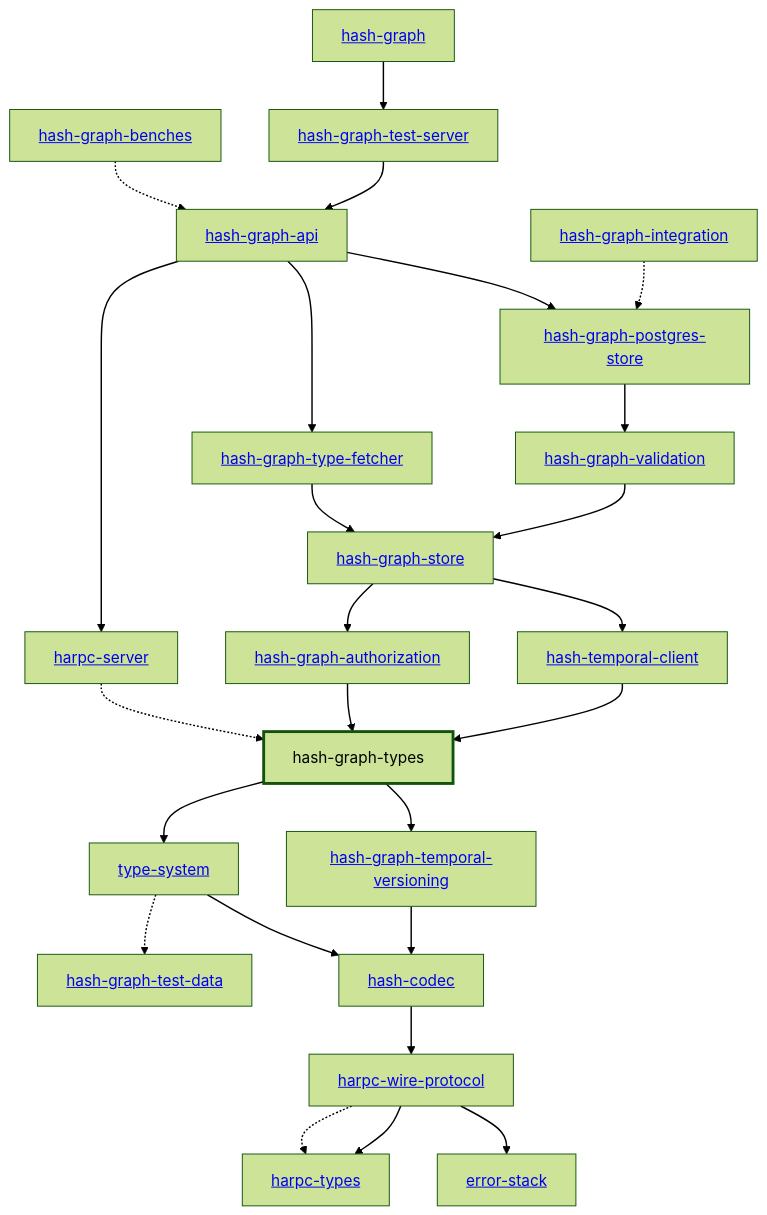
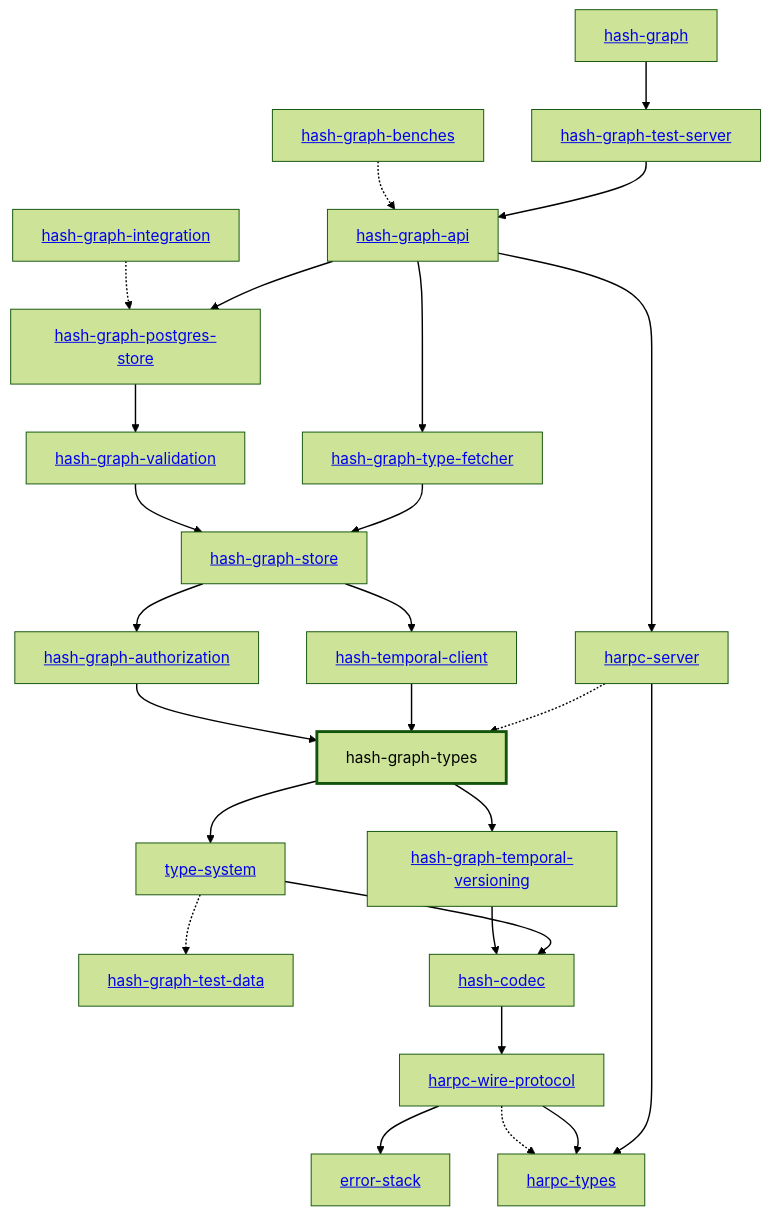
The diagram in libs/@local/graph/types/rust/docs/dependency-diagram.mmd (hashintel/hash), drawn with Mermaid (forest theme) before and after one commit. The commit also changed 31 other files, not shown here.

```diff
--- a/libs/@local/graph/types/rust/docs/dependency-diagram.mmd
+++ b/libs/@local/graph/types/rust/docs/dependency-diagram.mmd
@@ -1,55 +1,56 @@
 graph TD
     linkStyle default stroke-width:1.5px
     classDef default stroke-width:1px
     classDef root stroke-width:3px
     classDef dev stroke-width:1px
     classDef build stroke-width:1px
     %% Legend
     %% --> : Normal dependency
     %% -.-> : Dev dependency
     %% ---> : Build dependency
-    0[hash-graph-types]
-    class 0 root
-    1[<a href="../hash_graph_test_data/index.html">hash-graph-test-data</a>]
-    2[<a href="../type_system/index.html">type-system</a>]
-    3[<a href="../hash_graph_temporal_versioning/index.html">hash-graph-temporal-versioning</a>]
-    4[<a href="../hash_codec/index.html">hash-codec</a>]
-    5[<a href="../error_stack/index.html">error-stack</a>]
-    6[<a href="../harpc_types/index.html">harpc-types</a>]
-    7[<a href="../harpc_wire_protocol/index.html">harpc-wire-protocol</a>]
-    8[<a href="../harpc_server/index.html">harpc-server</a>]
-    9[<a href="../hash_graph/index.html">hash-graph</a>]
-    10[<a href="../hash_graph_api/index.html">hash-graph-api</a>]
-    11[<a href="../hash_graph_authorization/index.html">hash-graph-authorization</a>]
-    12[<a href="../hash_graph_benches/index.html">hash-graph-benches</a>]
-    13[<a href="../hash_graph_integration/index.html">hash-graph-integration</a>]
-    14[<a href="../hash_graph_postgres_store/index.html">hash-graph-postgres-store</a>]
-    15[<a href="../hash_graph_store/index.html">hash-graph-store</a>]
-    16[<a href="../hash_graph_test_server/index.html">hash-graph-test-server</a>]
-    17[<a href="../hash_graph_type_fetcher/index.html">hash-graph-type-fetcher</a>]
-    18[<a href="../hash_graph_validation/index.html">hash-graph-validation</a>]
-    19[<a href="../hash_temporal_client/index.html">hash-temporal-client</a>]
-    0 --> 2
-    0 --> 3
-    2 -.-> 1
-    2 --> 4
-    3 --> 4
-    4 --> 7
-    7 -.-> 6
-    7 --> 6
-    7 --> 5
-    8 -.-> 0
-    11 --> 0
-    19 --> 0
-    10 --> 8
-    12 -.-> 10
-    16 --> 10
-    15 --> 11
-    10 --> 14
-    13 -.-> 14
-    17 --> 15
-    18 --> 15
-    9 --> 16
-    10 --> 17
-    14 --> 18
-    15 --> 19
+    0[<a href="../hash_graph_authorization/index.html">hash-graph-authorization</a>]
+    1[<a href="../hash_graph_benches/index.html">hash-graph-benches</a>]
+    2[<a href="../hash_graph_integration/index.html">hash-graph-integration</a>]
+    3[<a href="../hash_graph_validation/index.html">hash-graph-validation</a>]
+    4[<a href="../hash_temporal_client/index.html">hash-temporal-client</a>]
+    5[<a href="../hash_graph_postgres_store/index.html">hash-graph-postgres-store</a>]
+    6[<a href="../hash_graph_store/index.html">hash-graph-store</a>]
+    7[<a href="../error_stack/index.html">error-stack</a>]
+    8[<a href="../hash_graph_temporal_versioning/index.html">hash-graph-temporal-versioning</a>]
+    9[<a href="../hash_graph_test_data/index.html">hash-graph-test-data</a>]
+    10[<a href="../hash_graph_test_server/index.html">hash-graph-test-server</a>]
+    11[<a href="../type_system/index.html">type-system</a>]
+    12[<a href="../harpc_server/index.html">harpc-server</a>]
+    13[<a href="../hash_graph_type_fetcher/index.html">hash-graph-type-fetcher</a>]
+    14[hash-graph-types]
+    class 14 root
+    15[<a href="../harpc_types/index.html">harpc-types</a>]
+    16[<a href="../harpc_wire_protocol/index.html">harpc-wire-protocol</a>]
+    17[<a href="../hash_codec/index.html">hash-codec</a>]
+    18[<a href="../hash_graph/index.html">hash-graph</a>]
+    19[<a href="../hash_graph_api/index.html">hash-graph-api</a>]
+    11 --> 17
+    5 --> 3
+    6 --> 4
+    8 --> 17
+    10 --> 19
+    13 --> 6
+    12 --> 15
+    12 -.-> 14
+    14 --> 8
+    14 --> 11
+    16 --> 7
+    16 --> 15
+    16 -.-> 15
+    17 --> 16
+    18 --> 10
+    4 --> 14
+    6 --> 0
+    19 --> 12
+    19 --> 5
+    3 --> 6
+    19 --> 13
+    0 --> 14
+    1 -.-> 19
+    2 -.-> 5
+    11 -.-> 9
```
